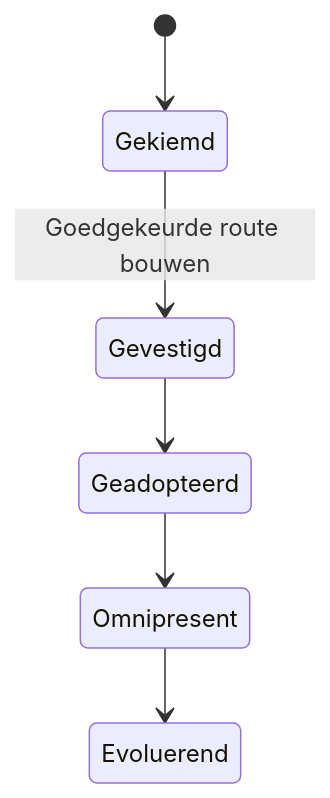
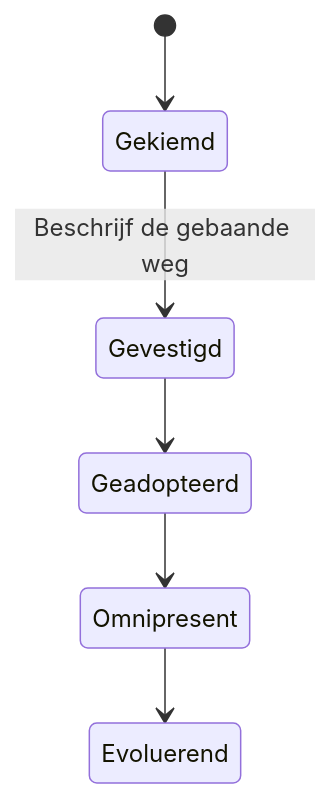
One commit to hietkamp/hietkamp.github.io changed the diagram in essence/method/diagrams/paved-road.mmd. Above: the diagram before and after it, drawn with Mermaid. The commit also changed 52 other files, not shown here.

```diff
--- a/essence/method/diagrams/paved-road.mmd
+++ b/essence/method/diagrams/paved-road.mmd
@@ -1,15 +1,15 @@
 %% State diagram: Paved road (alpha/paved-road)
 %% Pijlen zonder label: transitie volgt uit de state-volgorde, maar is niet expliciet
 %% aan een activiteit gekoppeld via een completion-criterion in de rdf.
 stateDiagram-v2
     Seeded: Gekiemd
     Established: Gevestigd
     Adopted: Geadopteerd
     Pervasive: Omnipresent
     Evolving: Evoluerend
 
     [*] --> Seeded
-    Seeded --> Established : Goedgekeurde route bouwen
+    Seeded --> Established : Beschrijf de gebaande weg
     Established --> Adopted
     Adopted --> Pervasive
     Pervasive --> Evolving
```
